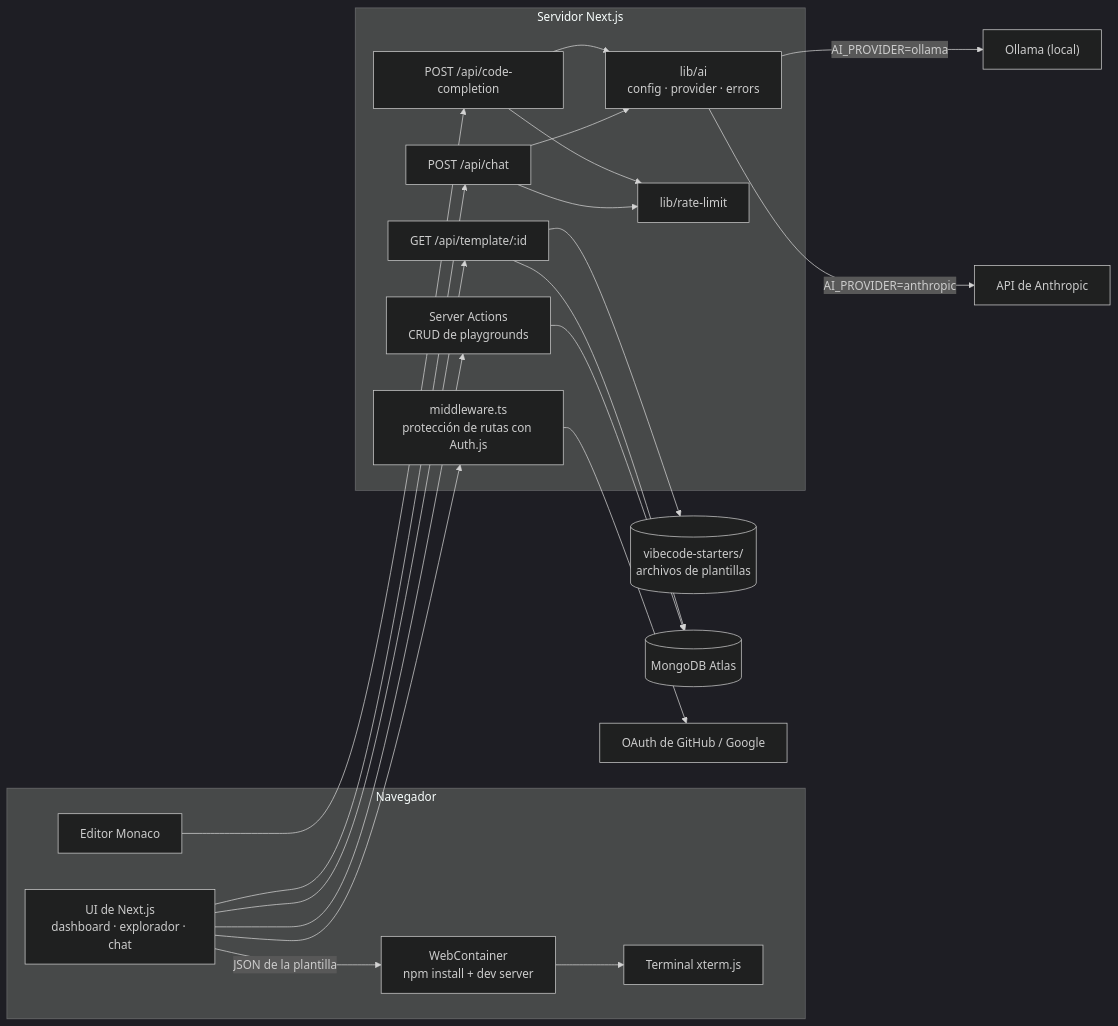
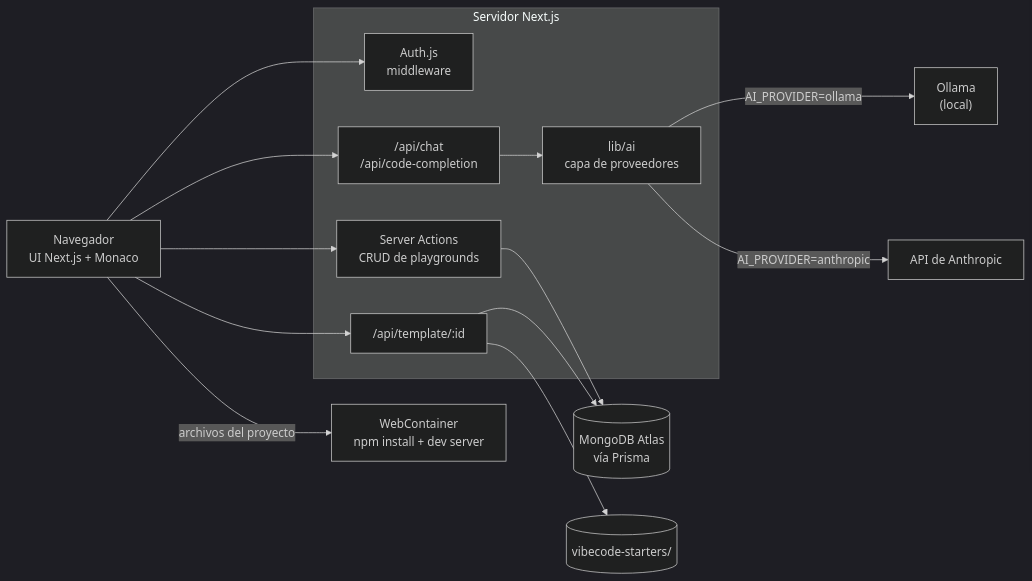
The diagram in README.es.md (rosalesdev928/chat-videcoder), drawn with Mermaid (dark theme) before and after one commit. The commit also changed other lines of this file and 1 other file, not shown here.

````diff
--- a/README.es.md
+++ b/README.es.md
@@ -48,41 +39,28 @@
 ```mermaid
 flowchart LR
-    subgraph Navegador
-        UI["UI de Next.js<br/>dashboard · explorador · chat"]
-        Monaco["Editor Monaco"]
-        WC["WebContainer<br/>npm install + dev server"]
-        Term["Terminal xterm.js"]
+    Browser["Navegador<br/>UI Next.js + Monaco"]
+
+    subgraph Next["Servidor Next.js"]
+        Auth["Auth.js<br/>middleware"]
+        Actions["Server Actions<br/>CRUD de playgrounds"]
+        Template["/api/template/:id"]
+        AIRoutes["/api/chat<br/>/api/code-completion"]
+        AILib["lib/ai<br/>capa de proveedores"]
     end
 
-    subgraph Servidor["Servidor Next.js"]
-        MW["middleware.ts<br/>protección de rutas con Auth.js"]
-        SA["Server Actions<br/>CRUD de playgrounds"]
-        TPL["GET /api/template/:id"]
-        CHAT["POST /api/chat"]
-        CC["POST /api/code-completion"]
-        AI["lib/ai<br/>config · provider · errors"]
-        RL["lib/rate-limit"]
-    end
+    DB[("MongoDB Atlas<br/>vía Prisma")]
+    Starters[("vibecode-starters/")]
+    WC["WebContainer<br/>npm install + dev server"]
+    Ollama["Ollama<br/>(local)"]
+    Anthropic["API de Anthropic"]
 
-    Starters[("vibecode-starters/<br/>archivos de plantillas")]
-    DB[("MongoDB Atlas")]
-    OAuth["OAuth de GitHub / Google"]
-    Ollama["Ollama (local)"]
-    Claude["API de Anthropic"]
-
-    UI --> MW
-    UI --> SA --> DB
-    UI --> TPL --> Starters
-    TPL --> DB
-    Monaco --> CC
-    UI --> CHAT
-    CHAT --> RL
-    CC --> RL
-    CHAT --> AI
-    CC --> AI
-    AI -->|AI_PROVIDER=ollama| Ollama
-    AI -->|AI_PROVIDER=anthropic| Claude
-    MW --> OAuth
-    UI -->|JSON de la plantilla| WC
-    WC --> Term
+    Browser --> Auth
+    Browser --> Actions --> DB
+    Browser --> Template
+    Template --> Starters
+    Template --> DB
+    Browser --> AIRoutes --> AILib
+    AILib -->|AI_PROVIDER=ollama| Ollama
+    AILib -->|AI_PROVIDER=anthropic| Anthropic
+    Browser -->|archivos del proyecto| WC
 ```
````
